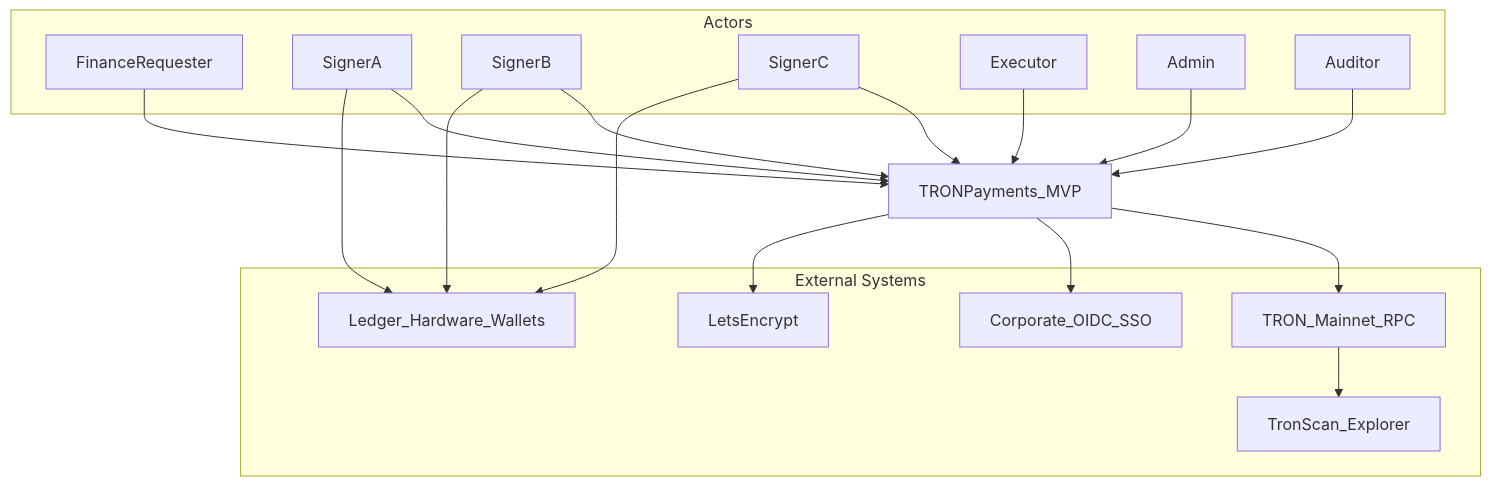
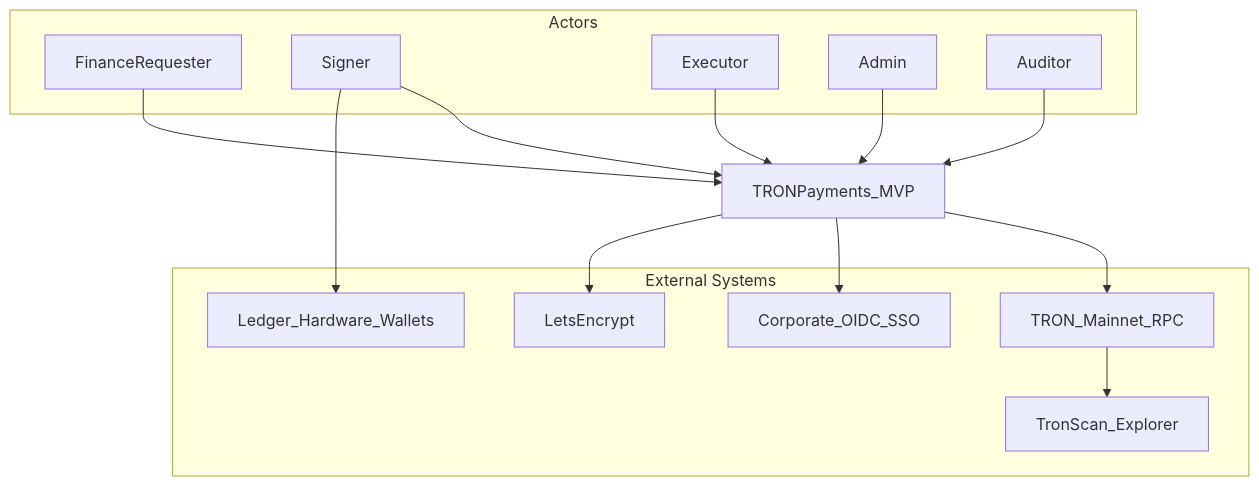
One commit to DiSH/tron-payments changed the first of 2 diagrams in docs/architecture.md. Above: the diagram before and after it, drawn with Mermaid. The commit also changed other lines of this file and 47 other files, not shown here.

````diff
--- a/docs/architecture.md
+++ b/docs/architecture.md
@@ -43,38 +43,32 @@
 ```mermaid
 flowchart TB
   subgraph actors [Actors]
     Req[FinanceRequester]
-    SA[SignerA]
-    SB[SignerB]
-    SC[SignerC]
+    SA[Signer]
     Exec[Executor]
     Admin[Admin]
     Audit[Auditor]
   end
 
   SYS[TRONPayments_MVP]
 
   subgraph external [External Systems]
     TRON[TRON_Mainnet_RPC]
     Scan[TronScan_Explorer]
     OIDC[Corporate_OIDC_SSO]
     Ledger[Ledger_Hardware_Wallets]
     LE[LetsEncrypt]
   end
 
   Req --> SYS
   SA --> SYS
-  SB --> SYS
-  SC --> SYS
   Exec --> SYS
   Admin --> SYS
   Audit --> SYS
 
   SYS --> TRON
   SYS --> OIDC
   SYS --> LE
   SA --> Ledger
-  SB --> Ledger
-  SC --> Ledger
   TRON --> Scan
 ```
````
